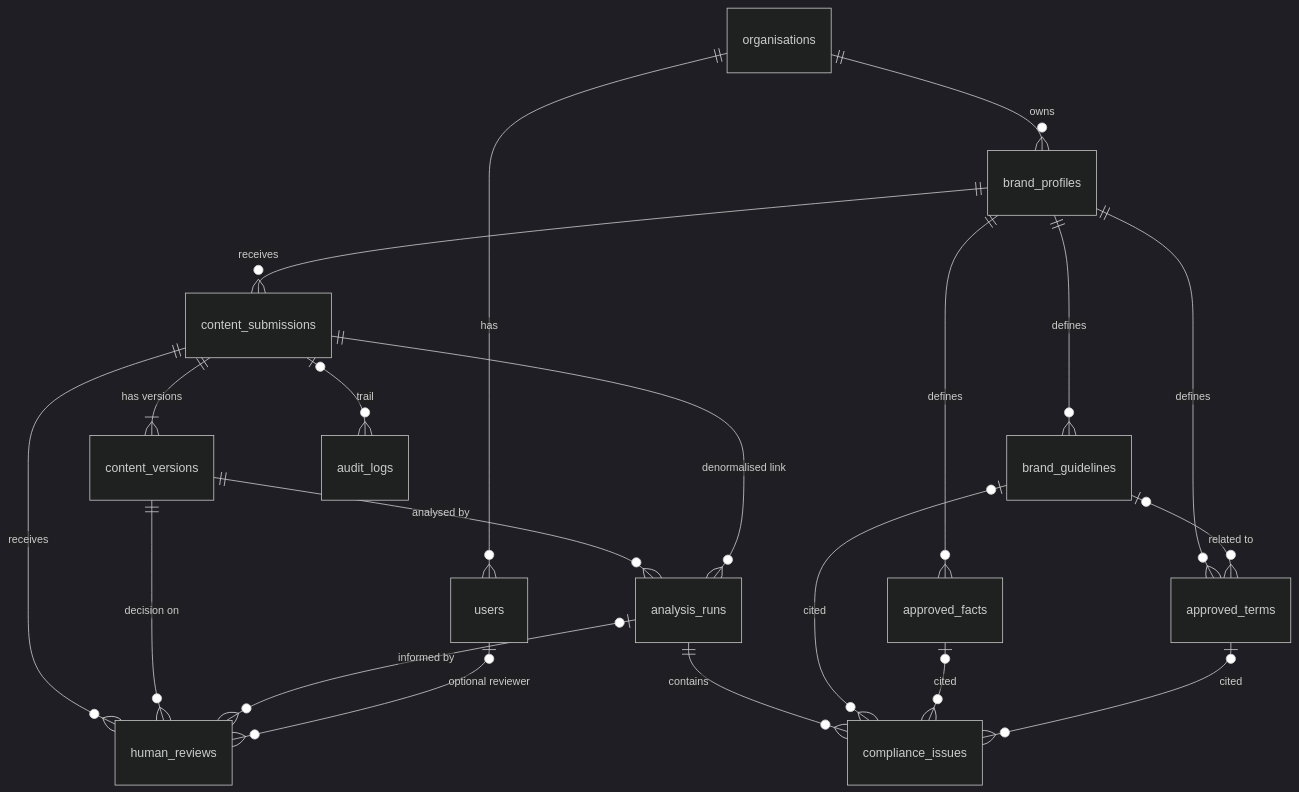
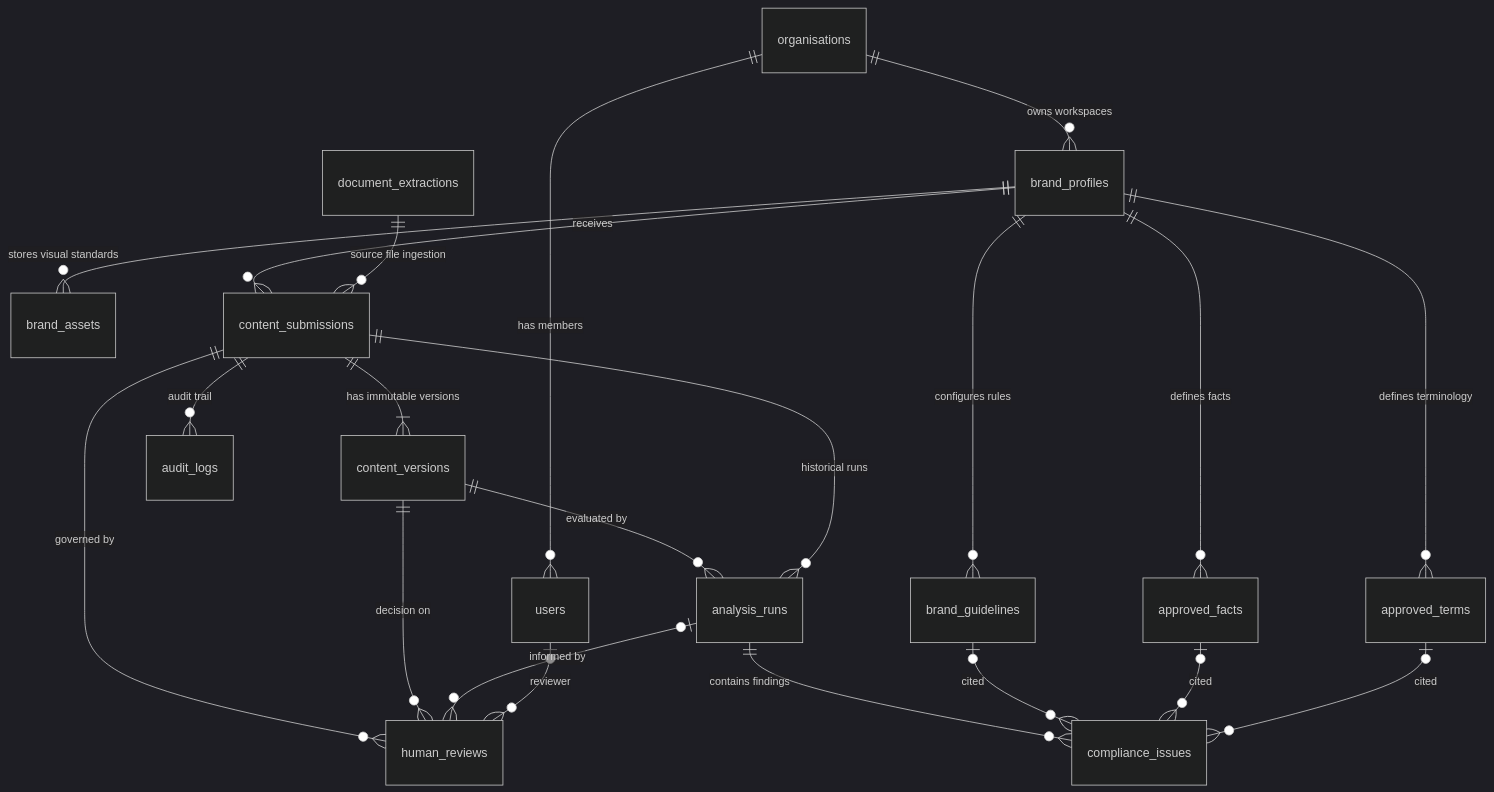
One commit to shatakshi-rawat-130613/inkloom-ai changed the diagram in docs/database-schema.md. Above: the diagram before and after it, drawn with Mermaid (dark theme). The commit also changed other lines of this file and 3 other files, not shown here.

````diff
--- a/docs/database-schema.md
+++ b/docs/database-schema.md
@@ -15,22 +21,23 @@
 ```mermaid
 erDiagram
-  organisations ||--o{ users : has
-  organisations ||--o{ brand_profiles : owns
-  brand_profiles ||--o{ brand_guidelines : defines
-  brand_profiles ||--o{ approved_facts : defines
-  brand_profiles ||--o{ approved_terms : defines
-  brand_guidelines |o--o{ approved_terms : "related to"
-  brand_profiles ||--o{ content_submissions : receives
-  content_submissions ||--|{ content_versions : "has versions"
-  content_versions ||--o{ analysis_runs : "analysed by"
-  content_submissions ||--o{ analysis_runs : "denormalised link"
-  analysis_runs ||--o{ compliance_issues : contains
+  organisations ||--o{ users : "has members"
+  organisations ||--o{ brand_profiles : "owns workspaces"
+  brand_profiles ||--o{ brand_guidelines : "configures rules"
+  brand_profiles ||--o{ approved_facts : "defines facts"
+  brand_profiles ||--o{ approved_terms : "defines terminology"
+  brand_profiles ||--o{ brand_assets : "stores visual standards"
+  brand_profiles ||--o{ content_submissions : "receives"
+  content_submissions ||--|{ content_versions : "has immutable versions"
+  content_versions ||--o{ analysis_runs : "evaluated by"
+  content_submissions ||--o{ analysis_runs : "historical runs"
+  analysis_runs ||--o{ compliance_issues : "contains findings"
   brand_guidelines |o--o{ compliance_issues : cited
   approved_facts |o--o{ compliance_issues : cited
   approved_terms |o--o{ compliance_issues : cited
-  content_submissions ||--o{ human_reviews : receives
+  content_submissions ||--o{ human_reviews : "governed by"
   content_versions ||--o{ human_reviews : "decision on"
   analysis_runs |o--o{ human_reviews : "informed by"
-  users |o--o{ human_reviews : "optional reviewer"
-  content_submissions |o--o{ audit_logs : "trail"
+  users |o--o{ human_reviews : "reviewer"
+  content_submissions ||--o{ audit_logs : "audit trail"
+  document_extractions ||--o{ content_submissions : "source file ingestion"
 ```
````
